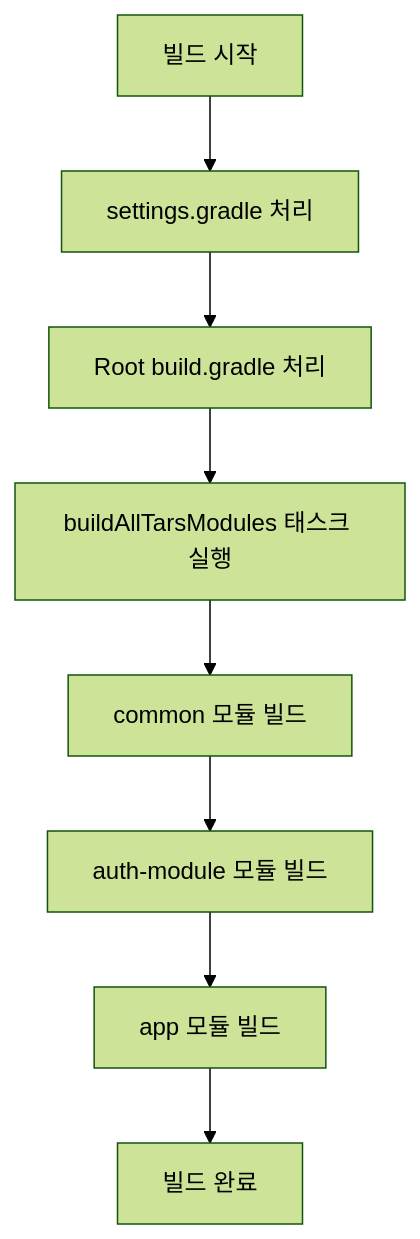
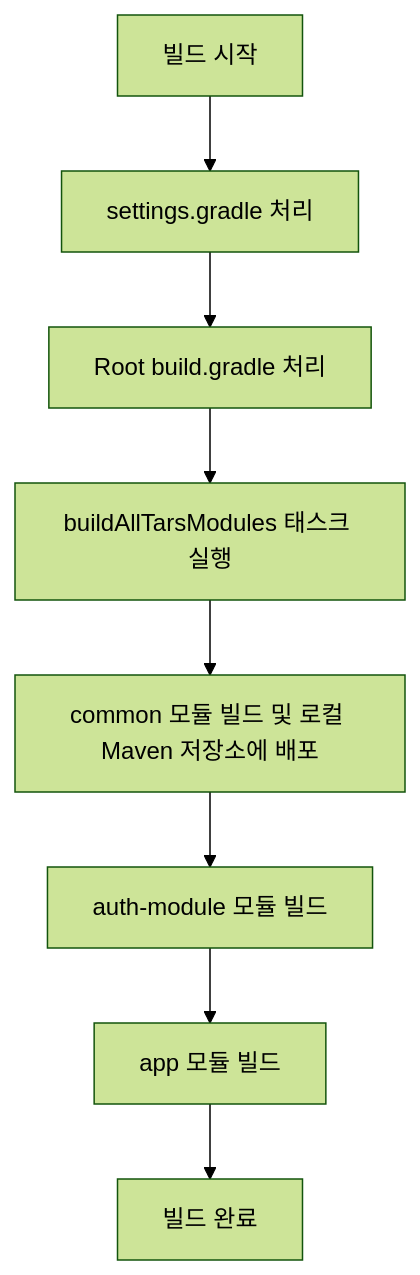
One commit to christopher3810/tars changed the fourth of 4 diagrams in multi-module-structure.md. Above: the diagram before and after it, drawn with Mermaid (forest theme). The commit also changed other lines of this file and 1 other file, not shown here.

````diff
--- a/multi-module-structure.md
+++ b/multi-module-structure.md
@@ -78,10 +70,10 @@
 ```mermaid
 flowchart TD
     Start[빌드 시작] --> RootSettings[settings.gradle 처리]
     RootSettings --> RootBuild[Root build.gradle 처리]
     RootBuild --> BuildAll[buildAllTarsModules 태스크 실행]
-    BuildAll --> CommonBuild[common 모듈 빌드]
+    BuildAll --> CommonBuild[common 모듈 빌드 및 로컬 Maven 저장소에 배포]
     CommonBuild --> AuthBuild[auth-module 모듈 빌드]
     AuthBuild --> AppBuild[app 모듈 빌드]
     AppBuild --> End[빌드 완료]
 ```
````
